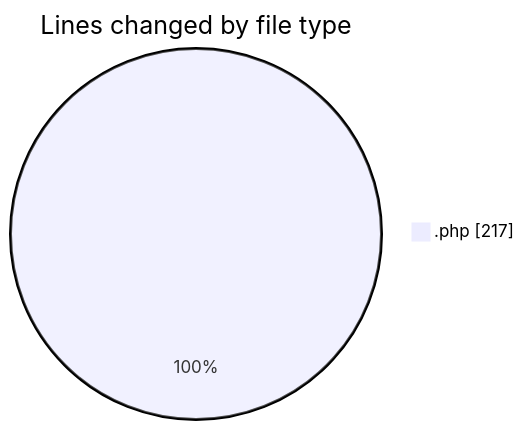
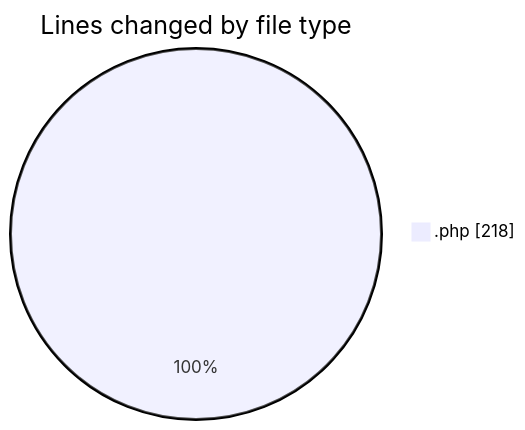
One commit to LanceThiago/code-tracking changed the first of 2 diagrams in 2025-07-16/web/README.md. Above: the diagram before and after it, drawn with Mermaid. The commit also changed other lines of this file and 1 other file, not shown here.

````diff
--- a/2025-07-16/web/README.md
+++ b/2025-07-16/web/README.md
@@ -21,5 +21,5 @@
 ```mermaid
 pie showData
 title Lines changed by file type
-".php" : 217
+".php" : 218
 ```
````
